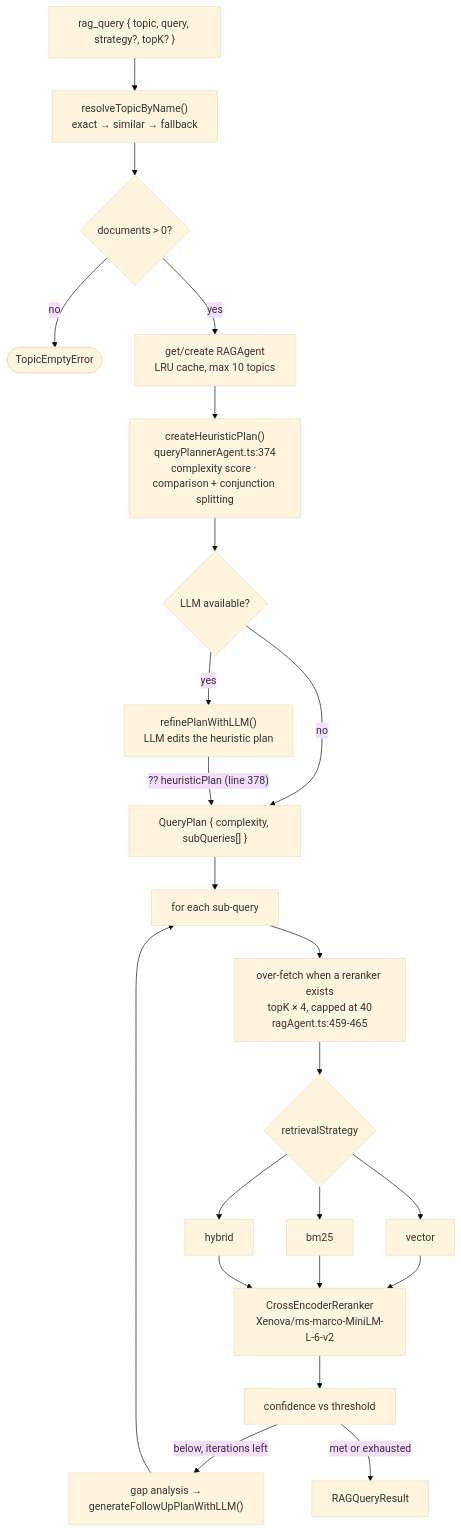
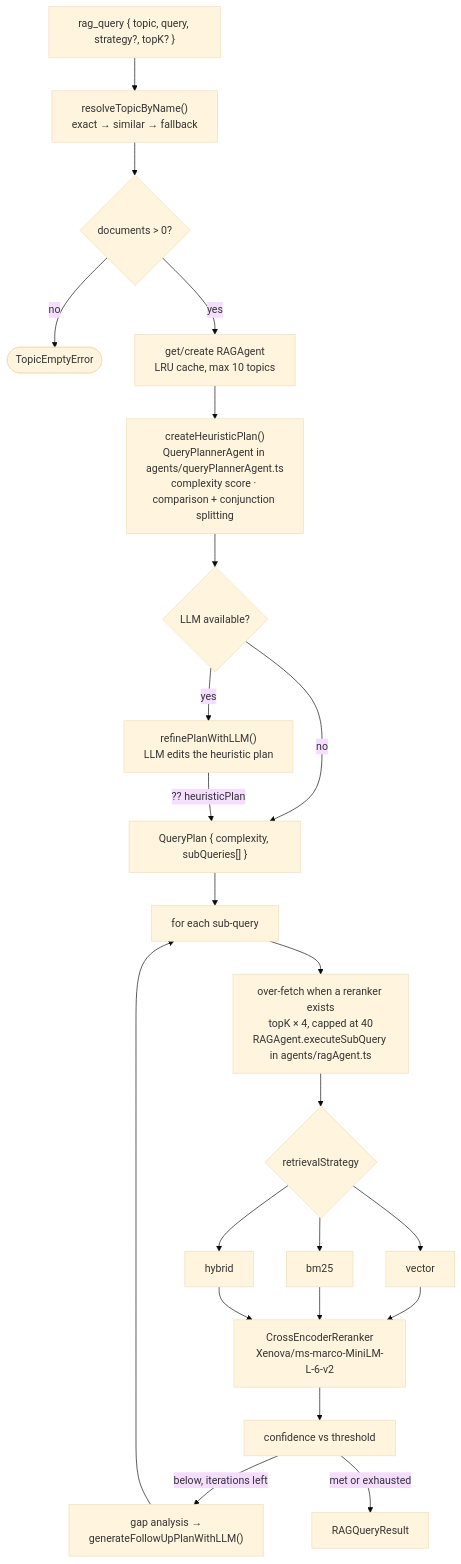
Before and after one commit to hyorman/RAGnarok: the third of 4 diagrams in docs/RETRIEVAL-PIPELINE.md, drawn with Mermaid (base theme). The commit also changed other lines of this file and 134 other files, not shown here.

````diff
--- a/docs/RETRIEVAL-PIPELINE.md
+++ b/docs/RETRIEVAL-PIPELINE.md
@@ -100,24 +101,24 @@
 ```mermaid
 flowchart TB
   Q["rag_query { topic, query, strategy?, topK? }"] --> RT["resolveTopicByName()<br/>exact → similar → fallback"]
   RT --> CHK{"documents > 0?"}
   CHK -->|no| ERR(["TopicEmptyError"])
   CHK -->|yes| AG["get/create RAGAgent<br/>LRU cache, max 10 topics"]
 
-  AG --> PLAN["createHeuristicPlan()<br/>queryPlannerAgent.ts:374<br/>complexity score · comparison + conjunction splitting"]
+  AG --> PLAN["createHeuristicPlan()<br/>QueryPlannerAgent in agents/queryPlannerAgent.ts<br/>complexity score · comparison + conjunction splitting"]
   PLAN --> REF{"LLM available?"}
   REF -->|yes| LLMREF["refinePlanWithLLM()<br/>LLM edits the heuristic plan"]
   REF -->|no| USE
-  LLMREF -->|"?? heuristicPlan (line 378)"| USE["QueryPlan { complexity, subQueries[] }"]
+  LLMREF -->|"?? heuristicPlan"| USE["QueryPlan { complexity, subQueries[] }"]
 
   USE --> LOOP["for each sub-query"]
-  LOOP --> OF["over-fetch when a reranker exists<br/>topK × 4, capped at 40<br/>ragAgent.ts:459-465"]
+  LOOP --> OF["over-fetch when a reranker exists<br/>topK × 4, capped at 40<br/>RAGAgent.executeSubQuery in agents/ragAgent.ts"]
   OF --> STRAT{"retrievalStrategy"}
   STRAT --> R1["vector"] & R2["bm25"] & R3["hybrid"]
 
   R1 & R2 & R3 --> RR["CrossEncoderReranker<br/>Xenova/ms-marco-MiniLM-L-6-v2"]
   RR --> EV["confidence vs threshold"]
   EV -->|"below, iterations left"| GAP["gap analysis →<br/>generateFollowUpPlanWithLLM()"]
   GAP --> LOOP
   EV -->|"met or exhausted"| OUT["RAGQueryResult"]
 ```
````
